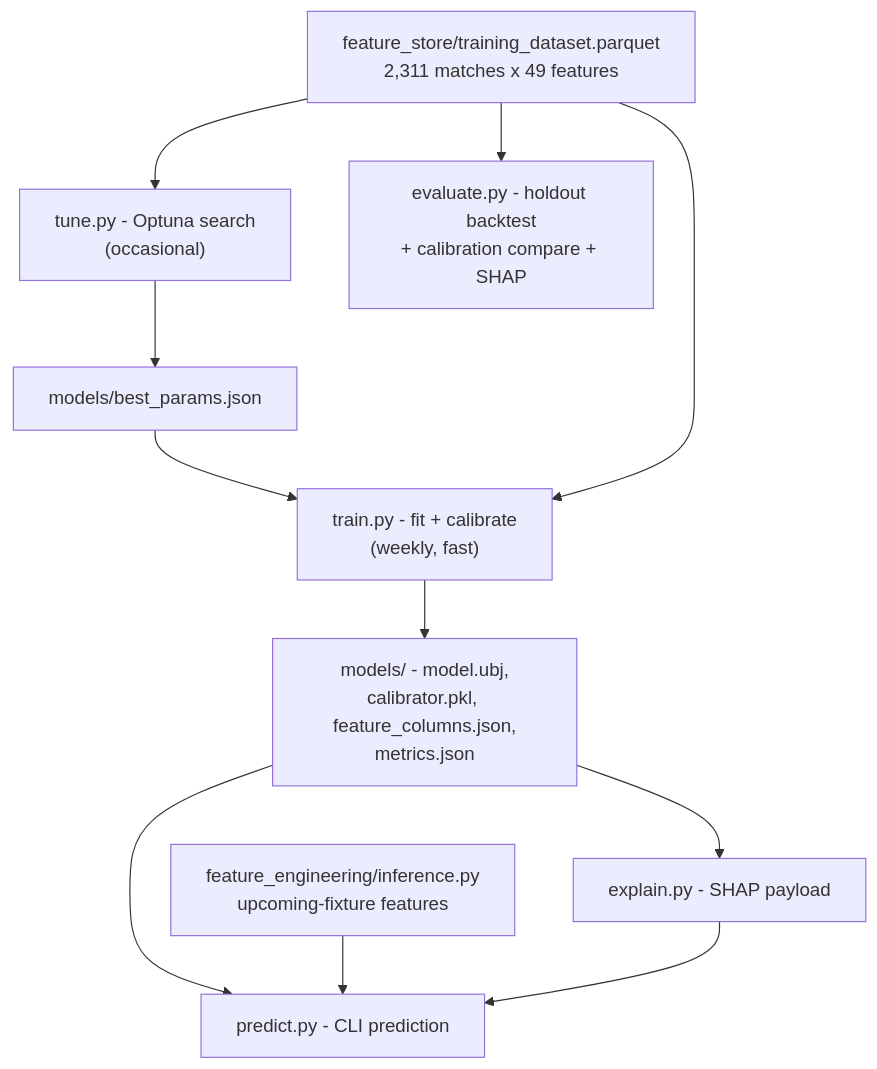
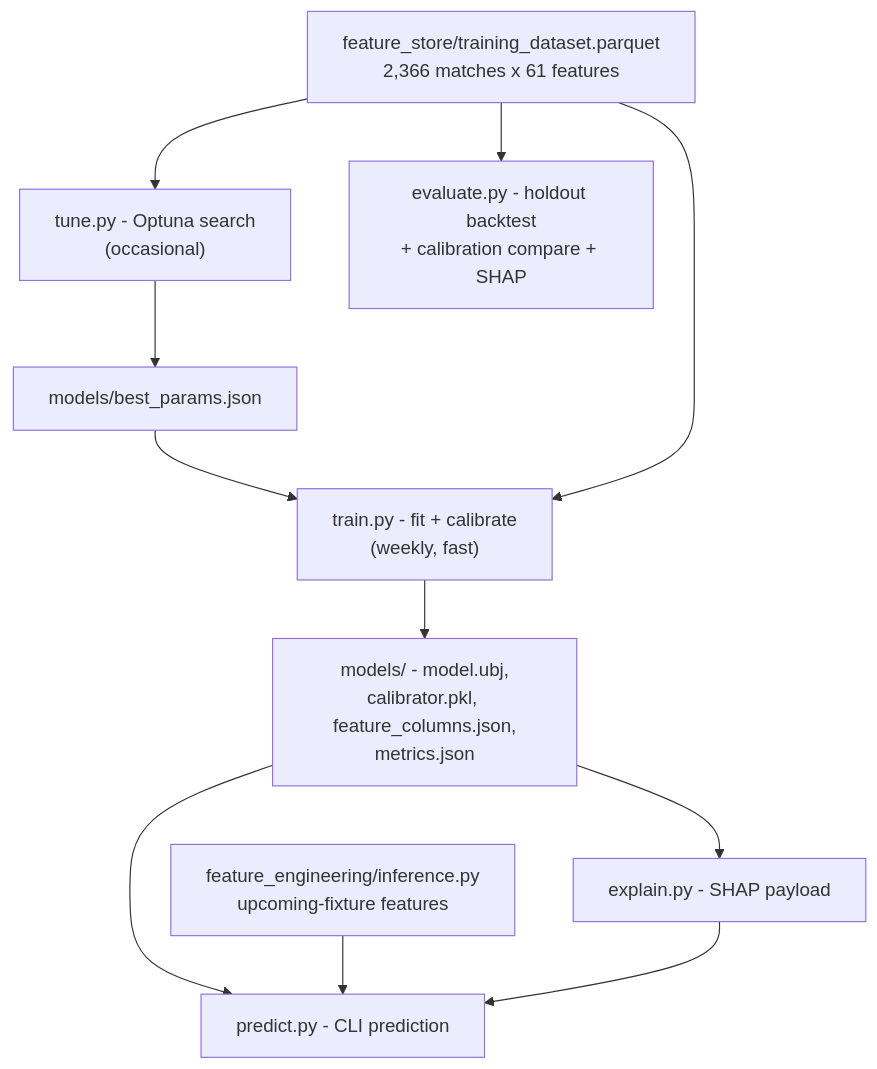
Before and after one commit to joseph-abdallah04/Sports_Prediction_Agent_CAPSTONE: the diagram in tools/mathematical_engine/model/Architecture.md, drawn with Mermaid. The commit also changed other lines of this file and 58 other files, not shown here.

````diff
--- a/tools/mathematical_engine/model/Architecture.md
+++ b/tools/mathematical_engine/model/Architecture.md
@@ -17,19 +17,19 @@
 ```mermaid
 flowchart TD
-    dataset["feature_store/training_dataset.parquet\n2,311 matches x 49 features"]
+    dataset["feature_store/training_dataset.parquet\n2,366 matches x 61 features"]
     tune["tune.py - Optuna search\n(occasional)"]
     train["train.py - fit + calibrate\n(weekly, fast)"]
     params["models/best_params.json"]
     artifacts["models/ - model.ubj,\ncalibrator.pkl, feature_columns.json,\nmetrics.json"]
     evaluate["evaluate.py - holdout backtest\n+ calibration compare + SHAP"]
     inference["feature_engineering/inference.py\nupcoming-fixture features"]
     predict["predict.py - CLI prediction"]
     explain["explain.py - SHAP payload"]
 
     dataset --> tune --> params --> train --> artifacts
     dataset --> train
     dataset --> evaluate
     artifacts --> predict
     inference --> predict
     artifacts --> explain --> predict
 ```
````
